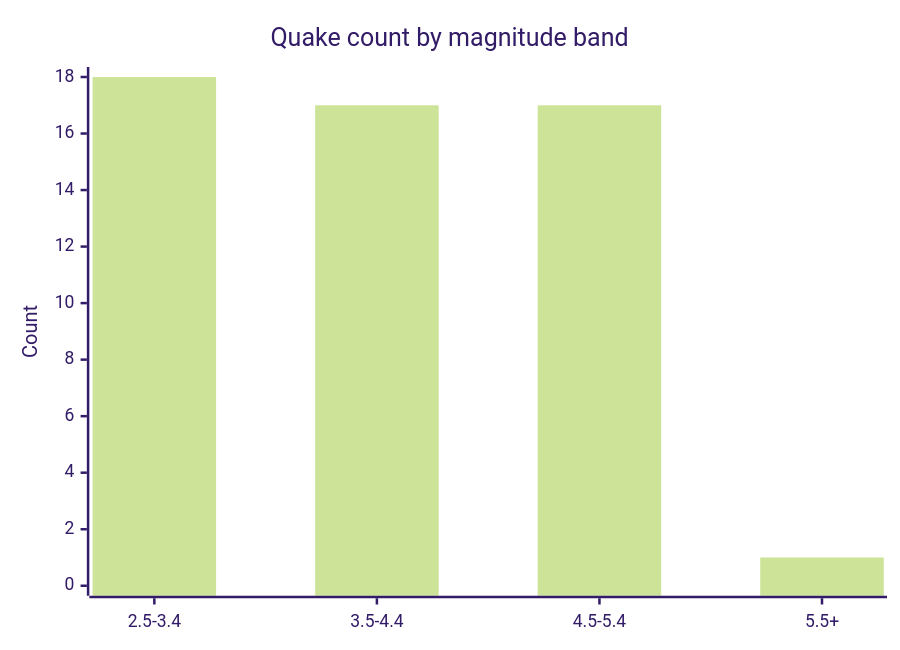
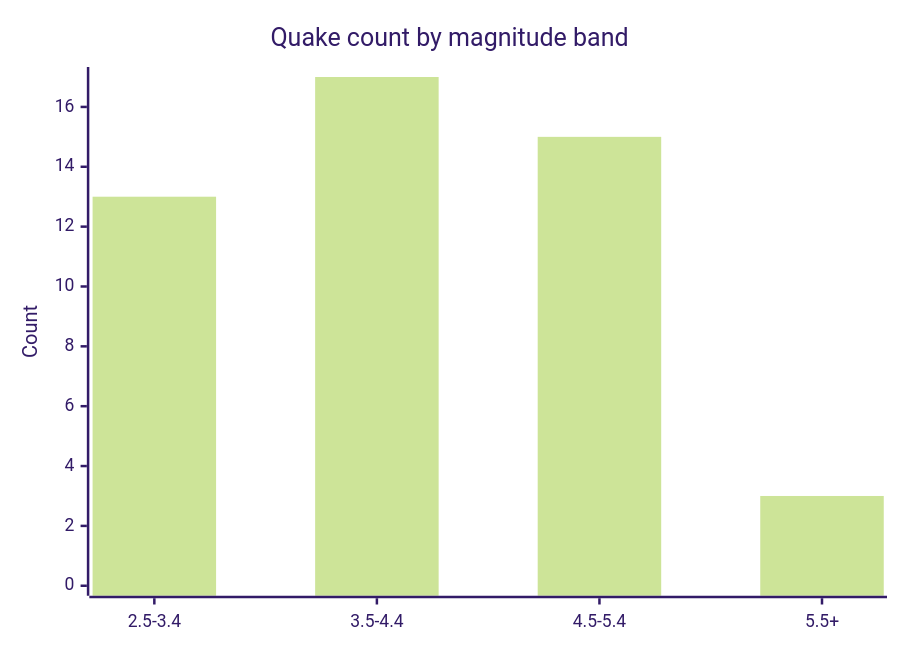
The fifth of 6 diagrams in docs/GRAPHS.md (Midwest-Stratospheric/aerostratospheric-defense-gir), drawn with Mermaid (forest theme) before and after one commit. The commit also changed other lines of this file and 24 other files, not shown here.

````diff
--- a/docs/GRAPHS.md
+++ b/docs/GRAPHS.md
@@ -82,7 +82,7 @@
 ```mermaid
 xychart-beta
   title "Quake count by magnitude band"
   x-axis ["2.5-3.4", "3.5-4.4", "4.5-5.4", "5.5+"]
-  y-axis "Count" 0 --> 18
-  bar [18, 17, 17, 1]
+  y-axis "Count" 0 --> 17
+  bar [13, 17, 15, 3]
 ```
````
